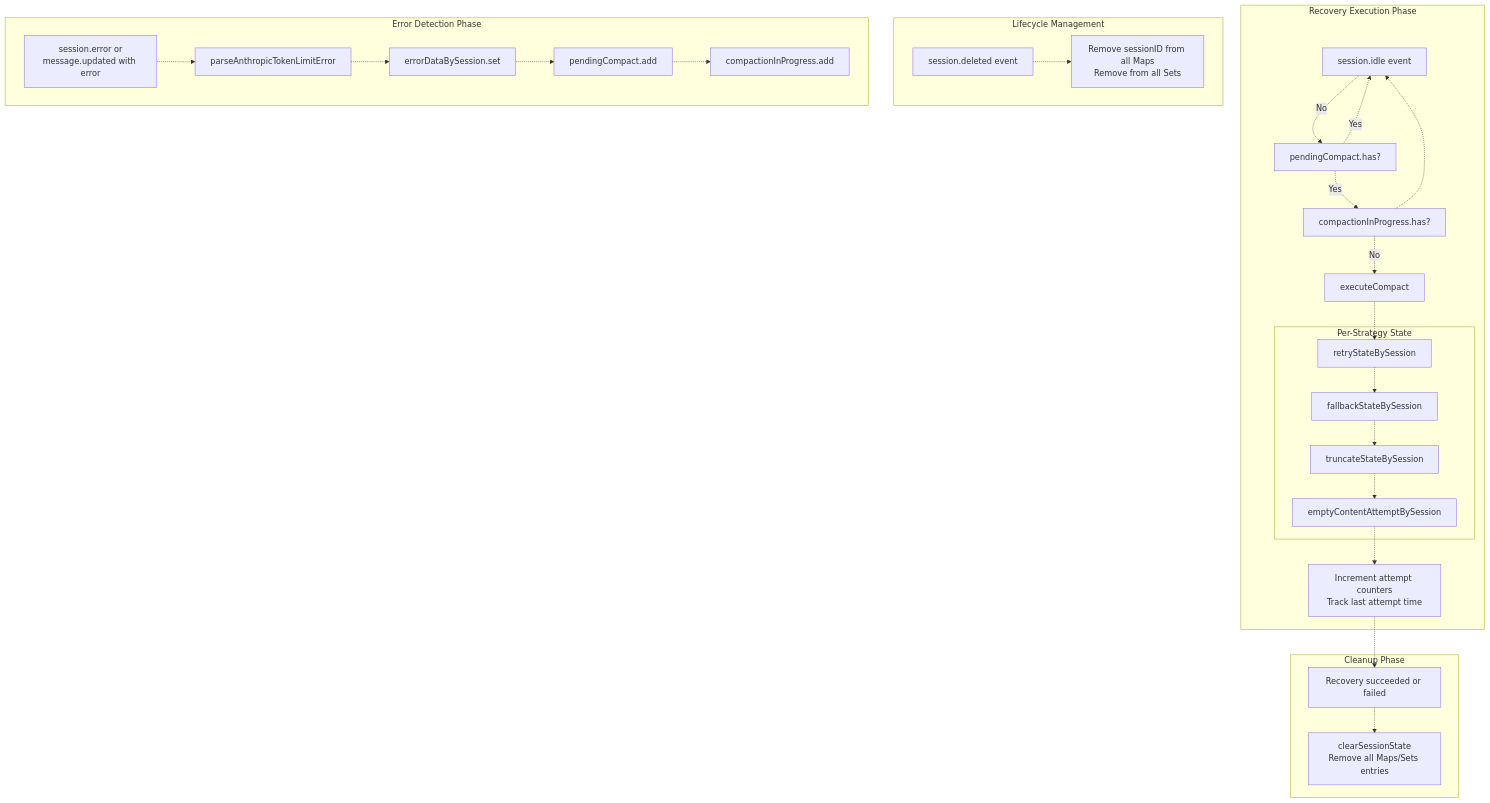
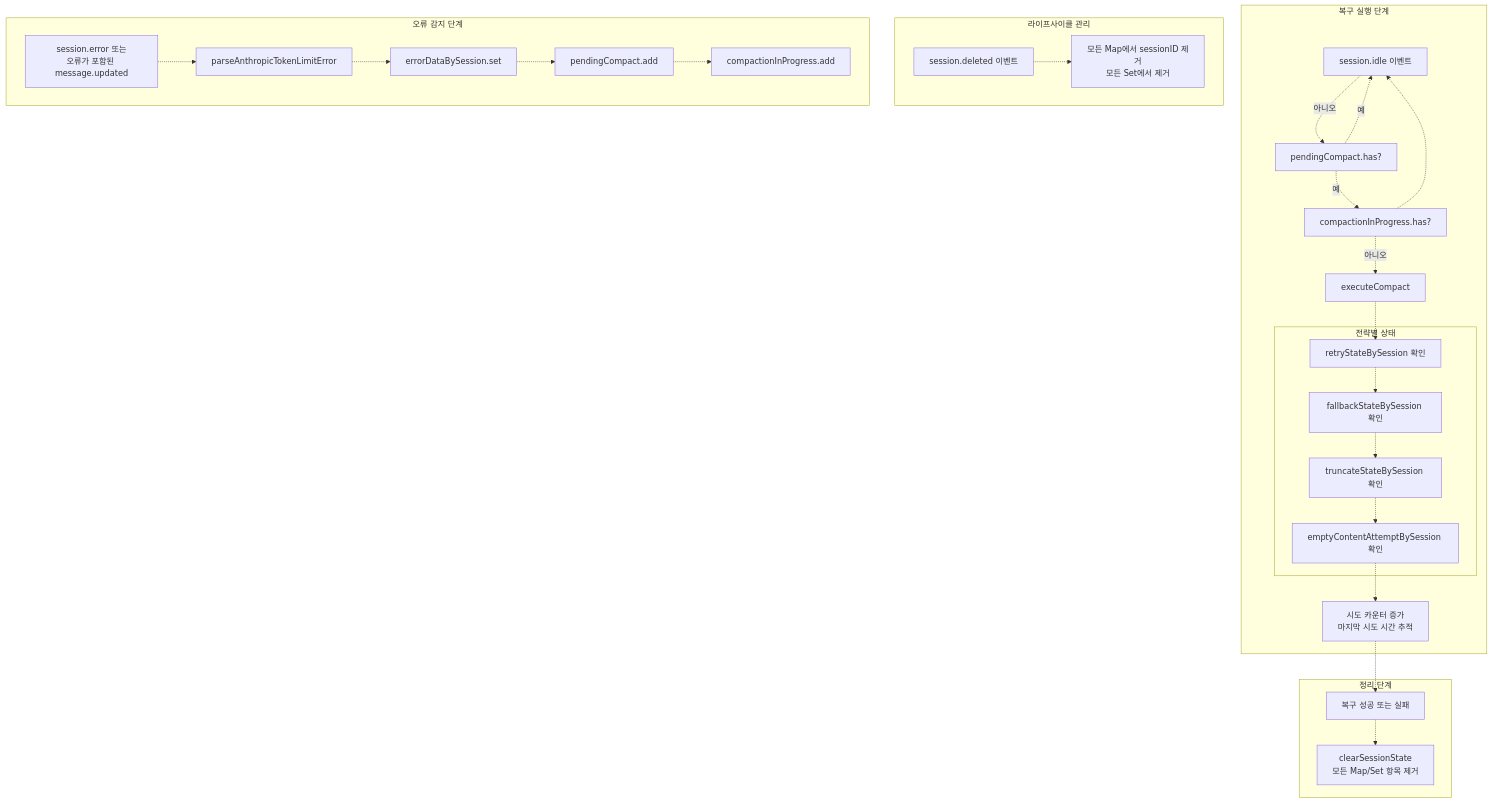
One commit to felipetruman/oh-my-opencode-docs changed the ninth of 10 diagrams in docs/hooks/context-management-hooks.md. Above: the diagram before and after it, drawn with Mermaid. The commit also changed other lines of this file and 76 other files, not shown here.

````diff
--- a/docs/hooks/context-management-hooks.md
+++ b/docs/hooks/context-management-hooks.md
@@ -773,73 +774,73 @@
 ```mermaid
 flowchart TD
 
-DeleteEvent["session.deleted event"]
-CleanupMaps["Remove sessionID from all Maps<br>Remove from all Sets"]
-ErrorEvent["session.error or<br>message.updated with error"]
+DeleteEvent["session.deleted 이벤트"]
+CleanupMaps["모든 Map에서 sessionID 제거<br>모든 Set에서 제거"]
+ErrorEvent["session.error 또는<br>오류가 포함된 message.updated"]
 ParseError["parseAnthropicTokenLimitError"]
 StoreError["errorDataBySession.set"]
 SetPending["pendingCompact.add"]
 SetInProgress["compactionInProgress.add"]
-IdleEvent["session.idle event"]
+IdleEvent["session.idle 이벤트"]
 CheckPending["pendingCompact.has?"]
 CheckInProgress["compactionInProgress.has?"]
 ExecuteRecovery["executeCompact"]
-CheckRetry["retryStateBySession"]
-CheckFallback["fallbackStateBySession"]
-CheckTruncate["truncateStateBySession"]
-CheckEmpty["emptyContentAttemptBySession"]
-UpdateStates["Increment attempt counters<br>Track last attempt time"]
-RecoveryComplete["Recovery succeeded or failed"]
-ClearSession["clearSessionState<br>Remove all Maps/Sets entries"]
+CheckRetry["retryStateBySession 확인"]
+CheckFallback["fallbackStateBySession 확인"]
+CheckTruncate["truncateStateBySession 확인"]
+CheckEmpty["emptyContentAttemptBySession 확인"]
+UpdateStates["시도 카운터 증가<br>마지막 시도 시간 추적"]
+RecoveryComplete["복구 성공 또는 실패"]
+ClearSession["clearSessionState<br>모든 Map/Set 항목 제거"]
 
 UpdateStates -.-> RecoveryComplete
 
-subgraph subGraph3 ["Cleanup Phase"]
+subgraph subGraph3 ["정리 단계"]
     RecoveryComplete
     ClearSession
     RecoveryComplete -.-> ClearSession
 end
 
-subgraph subGraph2 ["Recovery Execution Phase"]
+subgraph subGraph2 ["복구 실행 단계"]
     IdleEvent
     CheckPending
     CheckInProgress
     ExecuteRecovery
     UpdateStates
-    IdleEvent -.->|"No"| CheckPending
-    CheckPending -.->|"Yes"| CheckInProgress
-    CheckPending -.->|"Yes"| IdleEvent
-    CheckInProgress -.->|"No"| ExecuteRecovery
+    IdleEvent -.->|"아니오"| CheckPending
+    CheckPending -.->|"예"| CheckInProgress
+    CheckPending -.->|"예"| IdleEvent
+    CheckInProgress -.->|"아니오"| ExecuteRecovery
     CheckInProgress -.-> IdleEvent
     ExecuteRecovery -.-> CheckRetry
     CheckEmpty -.-> UpdateStates
 
-subgraph subGraph1 ["Per-Strategy State"]
+subgraph subGraph1 ["전략별 상태"]
     CheckRetry
     CheckFallback
     CheckTruncate
     CheckEmpty
     CheckRetry -.-> CheckFallback
     CheckFallback -.-> CheckTruncate
     CheckTruncate -.-> CheckEmpty
 end
 end
 
-subgraph subGraph4 ["Lifecycle Management"]
+subgraph subGraph4 ["라이프사이클 관리"]
     DeleteEvent
     CleanupMaps
     DeleteEvent -.-> CleanupMaps
 end
 
-subgraph subGraph0 ["Error Detection Phase"]
+subgraph subGraph0 ["오류 감지 단계"]
     ErrorEvent
     ParseError
     StoreError
     SetPending
     SetInProgress
     ErrorEvent -.-> ParseError
     ParseError -.-> StoreError
     StoreError -.-> SetPending
     SetPending -.-> SetInProgress
 end
 ```
````
